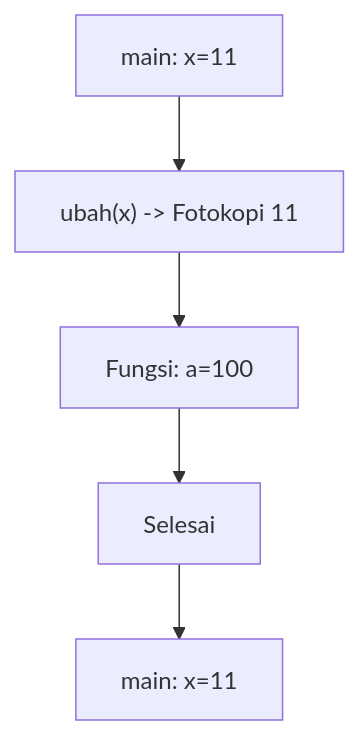
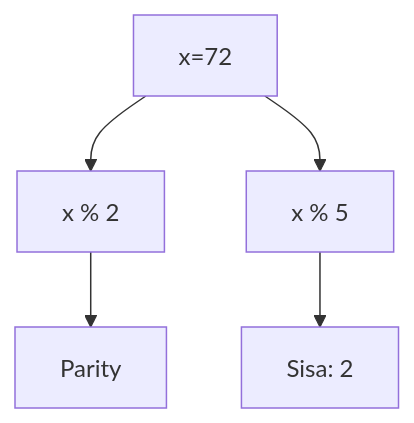
One commit to amnahwaida/OSNK_INF_PREP changed the fifth of 25 diagrams in part-c-pemahaman-cpp/04-fungsi/latihan/set-12.md. Above: the diagram before and after it, drawn with Mermaid. The commit also changed other lines of this file and 71 other files, not shown here.

````diff
--- a/part-c-pemahaman-cpp/04-fungsi/latihan/set-12.md
+++ b/part-c-pemahaman-cpp/04-fungsi/latihan/set-12.md
@@ -160,7 +147,7 @@
 ```mermaid
 graph TD
-    A[main: x=11] --> B["ubah(x) -> Fotokopi 11"]
-    B --> C[Fungsi: a=100]
-    C --> D[Selesai]
-    D --> E[main: x=11]
+A[x=72] --> B[x % 2]
+B --> C[Parity]
+A --> D[x % 5]
+D --> E[Sisa: 2]
 ```
````
